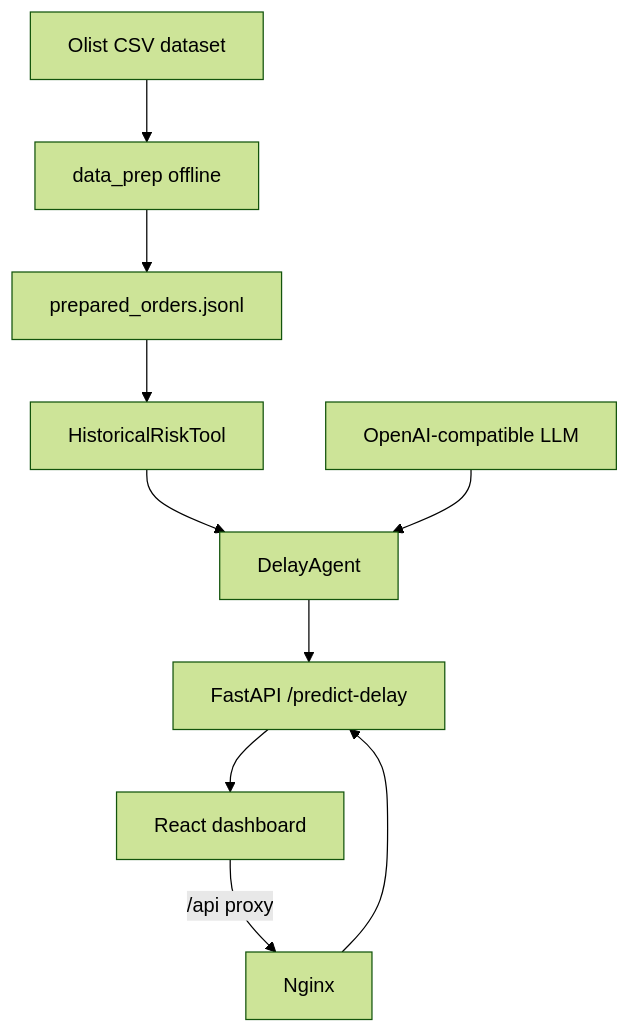
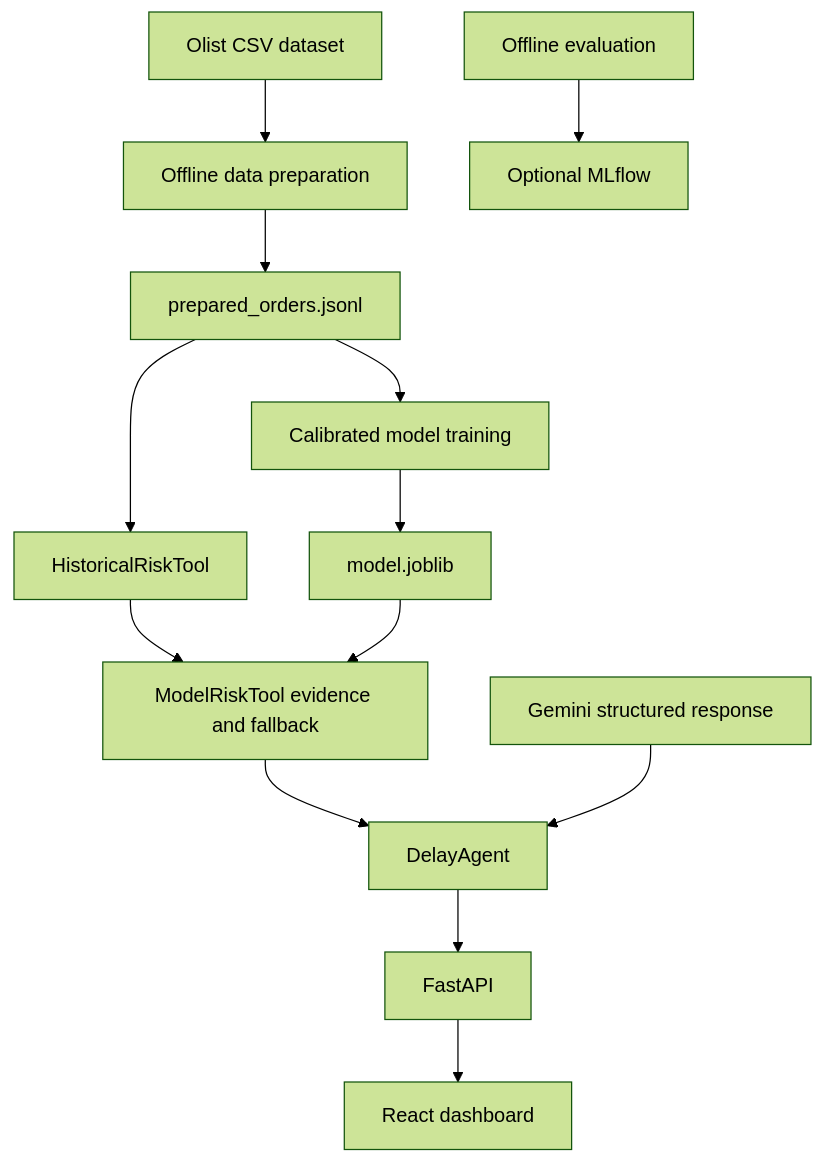
One commit to west7/projeto-final-2026-1 changed the diagram in 1-3_felipe-amorim_gabryel-nicolas_guilherme-westphall_lucas-martins/.specs/codebase/ARCHITECTURE.md. Above: the diagram before and after it, drawn with Mermaid (forest theme). The commit also changed other lines of this file and 5 other files, not shown here.

Commit message:
docs(codebase): refresh implemented architecture map

````diff
--- a/1-3_felipe-amorim_gabryel-nicolas_guilherme-westphall_lucas-martins/.specs/codebase/ARCHITECTURE.md
+++ b/1-3_felipe-amorim_gabryel-nicolas_guilherme-westphall_lucas-martins/.specs/codebase/ARCHITECTURE.md
@@ -7,12 +8,15 @@
 ```mermaid
 graph TD
-    C[Olist CSV dataset] --> D[data_prep offline]
-    D --> A[prepared_orders.jsonl]
-    A --> R[HistoricalRiskTool]
-    R --> AG[DelayAgent]
-    L[OpenAI-compatible LLM] --> AG
-    AG --> API[FastAPI /predict-delay]
-    API --> FE[React dashboard]
-    FE -->|/api proxy| NG[Nginx]
-    NG --> API
+    CSV[Olist CSV dataset] --> PREP[Offline data preparation]
+    PREP --> DATA[prepared_orders.jsonl]
+    DATA --> HIST[HistoricalRiskTool]
+    DATA --> TRAIN[Calibrated model training]
+    TRAIN --> MODEL[model.joblib]
+    HIST --> MRT[ModelRiskTool evidence and fallback]
+    MODEL --> MRT
+    MRT --> AGENT[DelayAgent]
+    LLM[Gemini structured response] --> AGENT
+    AGENT --> API[FastAPI]
+    API --> UI[React dashboard]
+    EVAL[Offline evaluation] --> MLFLOW[Optional MLflow]
 ```
````
